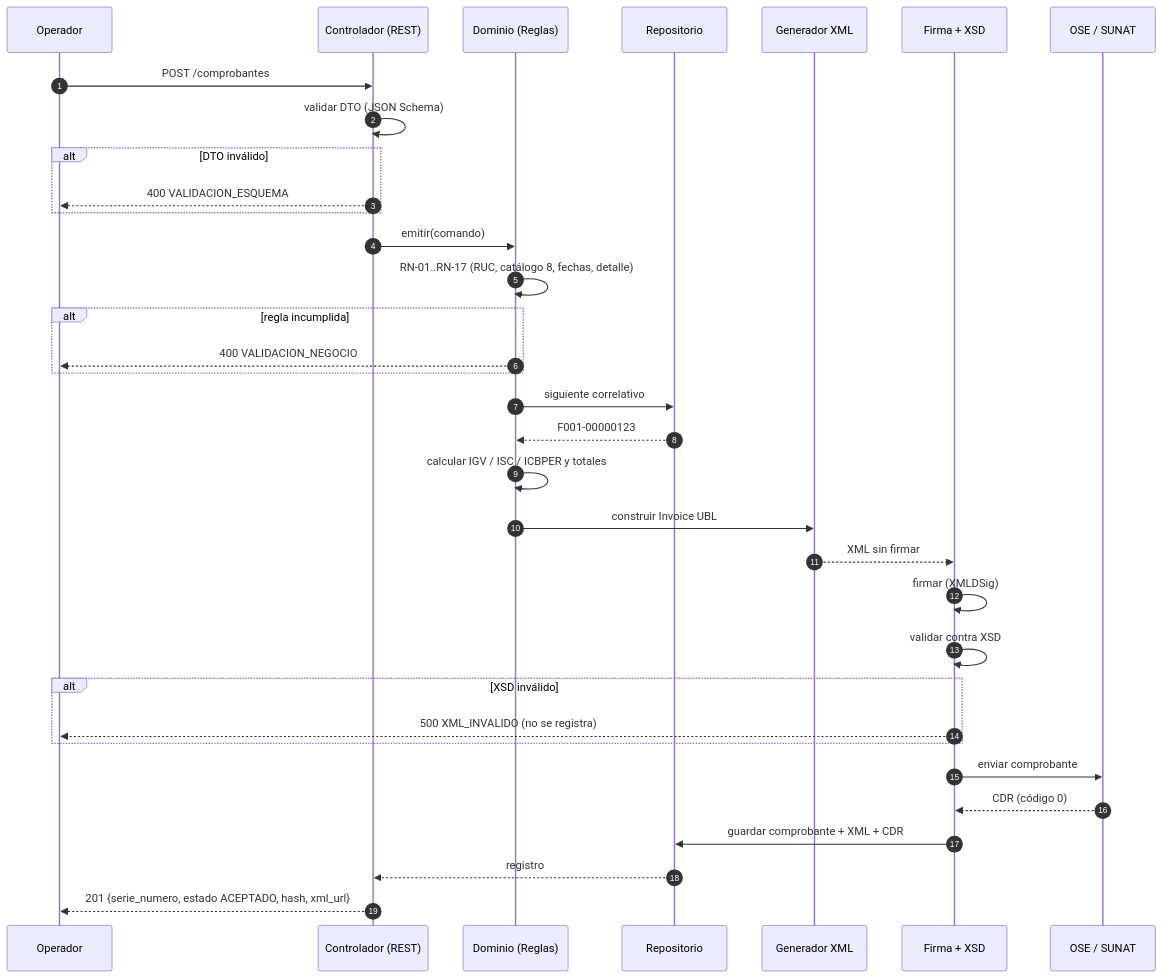
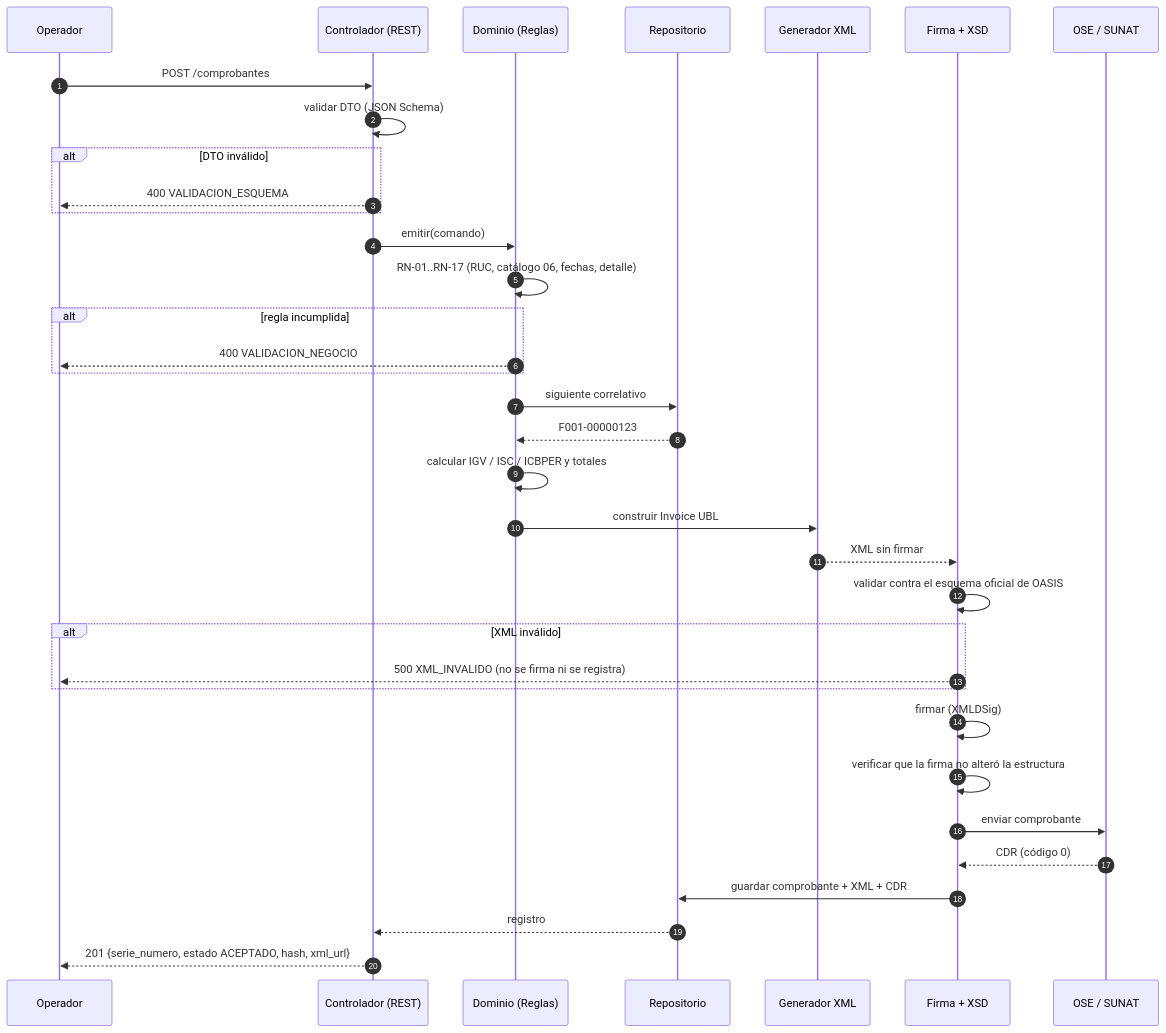
One commit to Joshua-A-hub/Arquitectura changed the diagram in docs/arquitectura/03-secuencia-emision.md. Above: the diagram before and after it, drawn with Mermaid. The commit also changed other lines of this file and 125 other files, not shown here.

First line of the commit message:
Taller 2: generación del XML UBL 2.1 desde los XSD oficiales

````diff
--- a/docs/arquitectura/03-secuencia-emision.md
+++ b/docs/arquitectura/03-secuencia-emision.md
@@ -6,37 +6,38 @@
 ```mermaid
 sequenceDiagram
     autonumber
     participant U as Operador
     participant C as Controlador (REST)
     participant D as Dominio (Reglas)
     participant R as Repositorio
     participant X as Generador XML
     participant S as Firma + XSD
     participant O as OSE / SUNAT
 
     U->>C: POST /comprobantes
     C->>C: validar DTO (JSON Schema)
     alt DTO inválido
         C-->>U: 400 VALIDACION_ESQUEMA
     end
     C->>D: emitir(comando)
-    D->>D: RN-01..RN-17 (RUC, catálogo 8, fechas, detalle)
+    D->>D: RN-01..RN-17 (RUC, catálogo 06, fechas, detalle)
     alt regla incumplida
         D-->>U: 400 VALIDACION_NEGOCIO
     end
     D->>R: siguiente correlativo
     R-->>D: F001-00000123
     D->>D: calcular IGV / ISC / ICBPER y totales
     D->>X: construir Invoice UBL
     X-->>S: XML sin firmar
+    S->>S: validar contra el esquema oficial de OASIS
+    alt XML inválido
+        S-->>U: 500 XML_INVALIDO (no se firma ni se registra)
+    end
     S->>S: firmar (XMLDSig)
-    S->>S: validar contra XSD
-    alt XSD inválido
-        S-->>U: 500 XML_INVALIDO (no se registra)
-    end
+    S->>S: verificar que la firma no alteró la estructura
     S->>O: enviar comprobante
     O-->>S: CDR (código 0)
     S->>R: guardar comprobante + XML + CDR
     R-->>C: registro
     C-->>U: 201 {serie_numero, estado ACEPTADO, hash, xml_url}
 ```
````
